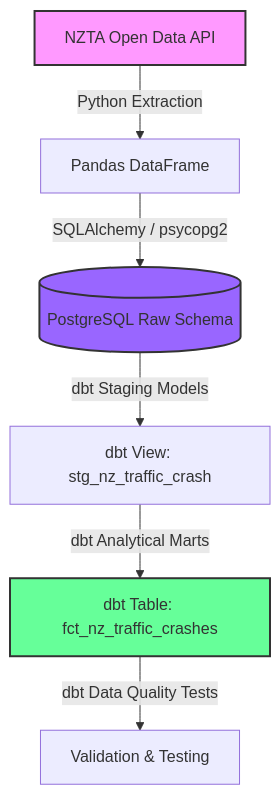
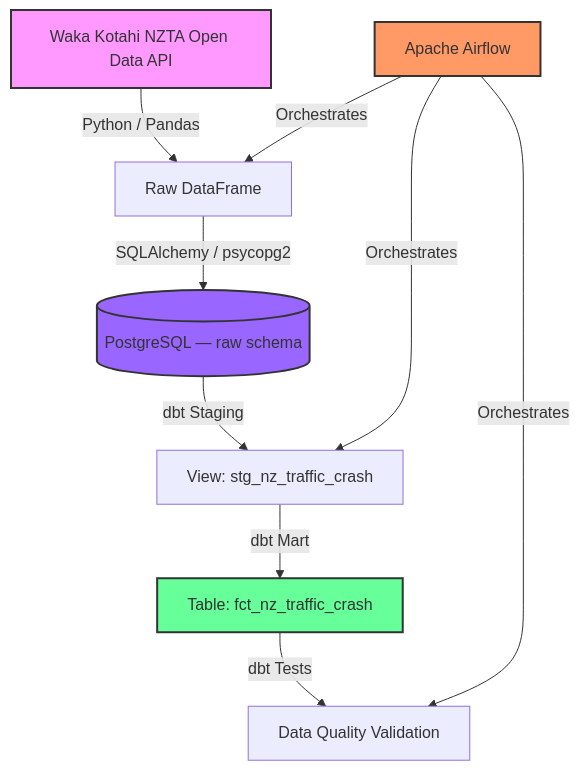
The diagram in readme.md (julian190/NZTrafficCrashData), drawn with Mermaid before and after one commit. The commit also changed other lines of this file and 5 other files, not shown here.

````diff
--- a/readme.md
+++ b/readme.md
@@ -11,12 +11,16 @@
 ```mermaid
 graph TD
-    A[NZTA Open Data API] -->|Python Extraction| B[Pandas DataFrame]
-    B -->|SQLAlchemy / psycopg2| C[(PostgreSQL Raw Schema)]
-    C -->|dbt Staging Models| D[dbt View: stg_nz_traffic_crash]
-    D -->|dbt Analytical Marts| E[dbt Table: fct_nz_traffic_crashes]
-    E -->|dbt Data Quality Tests| F[Validation & Testing]
-    
+    A[Waka Kotahi NZTA Open Data API] -->|Python / Pandas| B[Raw DataFrame]
+    B -->|SQLAlchemy / psycopg2| C[(PostgreSQL — raw schema)]
+    C -->|dbt Staging| D[View: stg_nz_traffic_crash]
+    D -->|dbt Mart| E[Table: fct_nz_traffic_crash]
+    E -->|dbt Tests| F[Data Quality Validation]
+    G[Apache Airflow] -->|Orchestrates| B
+    G -->|Orchestrates| D
+    G -->|Orchestrates| F
+
     style A fill:#f9f,stroke:#333,stroke-width:2px
     style C fill:#96f,stroke:#333,stroke-width:2px
     style E fill:#6f9,stroke:#333,stroke-width:2px
+    style G fill:#f96,stroke:#333,stroke-width:2px
 ```
````
